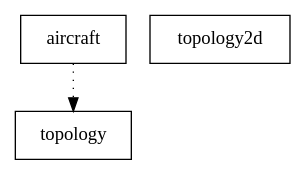
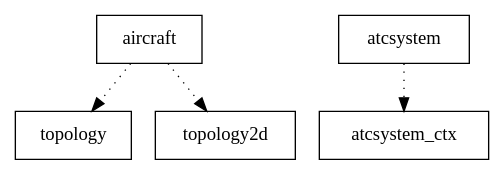
The diagram in bdp/atcsystem.dot (RafaelBNN/atcsystem), drawn with Graphviz before and after one commit. The commit also changed 37 other files, not shown here.

```diff
--- a/bdp/atcsystem.dot
+++ b/bdp/atcsystem.dot
@@ -1,7 +1,11 @@
 digraph {
 aircraft [ label=" aircraft " shape= box ]
+atcsystem [ label=" atcsystem " shape= box ]
+atcsystem_ctx [ label=" atcsystem_ctx " shape= box ]
 topology [ label=" topology " shape= box ]
 topology2d [ label=" topology2d " shape= box ]
 
 "aircraft" -> "topology" [style= dotted ]
+"aircraft" -> "topology2d" [style= dotted ]
+"atcsystem" -> "atcsystem_ctx" [style= dotted ]
 }
```
